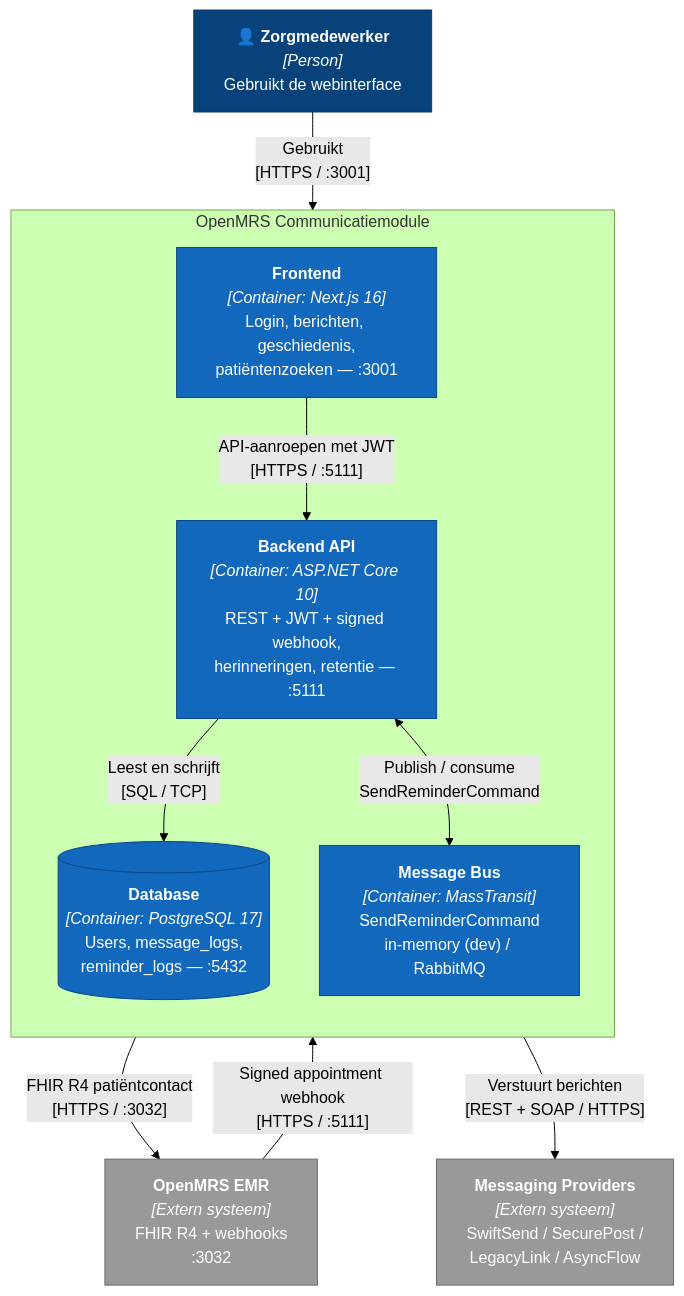
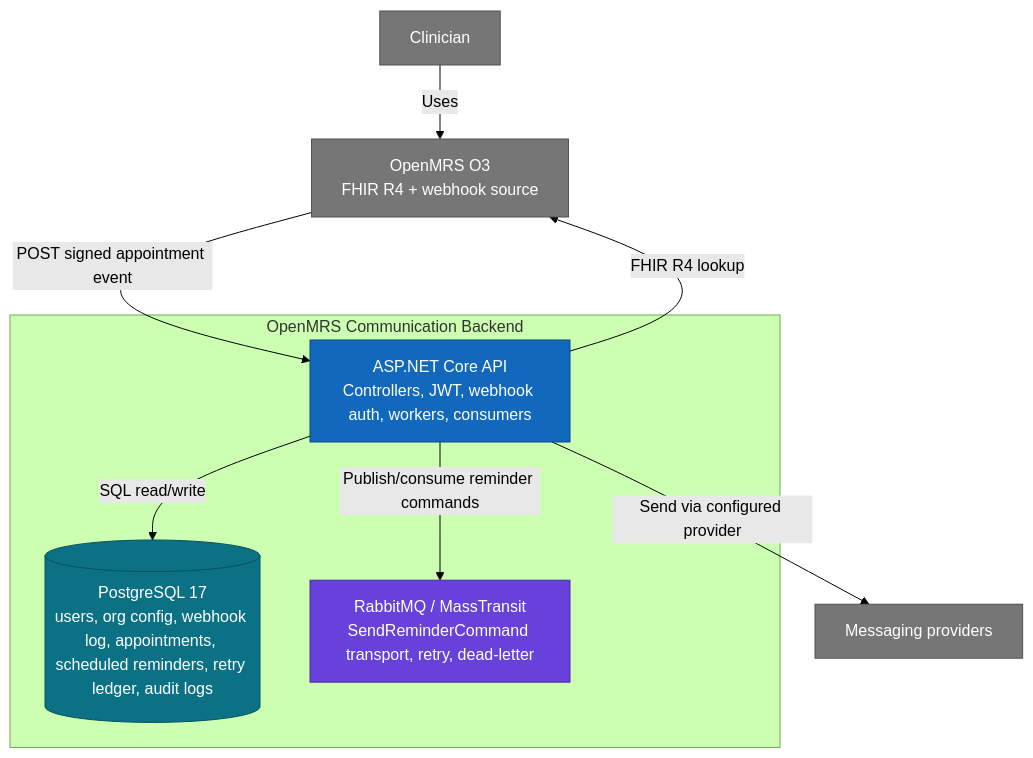
One commit to Rishyansyal/OpenMRSmoduleBackend changed the diagram in docs/c4/diagrams/02-containers.mmd. Above: the diagram before and after it, drawn with Mermaid (forest theme). The commit also changed 160 other files, not shown here.

```diff
--- a/docs/c4/diagrams/02-containers.mmd
+++ b/docs/c4/diagrams/02-containers.mmd
@@ -1,26 +1,22 @@
 flowchart TB
-    classDef person fill:#08427b,stroke:#073b6f,color:#fff
+    classDef ext fill:#767676,stroke:#525252,color:#fff
     classDef container fill:#1168bd,stroke:#0b4884,color:#fff
-    classDef db fill:#1168bd,stroke:#0b4884,color:#fff
-    classDef ext fill:#999999,stroke:#6b6b6b,color:#fff
+    classDef db fill:#0b7285,stroke:#07505c,color:#fff
+    classDef queue fill:#6741d9,stroke:#4c2ca3,color:#fff
 
-    zorg["👤 <b>Zorgmedewerker</b><br/><i>[Person]</i><br/>Gebruikt de webinterface"]:::person
-    openmrs["<b>OpenMRS EMR</b><br/><i>[Extern systeem]</i><br/>FHIR R4 + webhooks<br/>:3032"]:::ext
-    providers["<b>Messaging Providers</b><br/><i>[Extern systeem]</i><br/>SwiftSend / SecurePost /<br/>LegacyLink / AsyncFlow"]:::ext
+    clinician["Clinician"]:::ext
+    openmrs["OpenMRS O3<br/>FHIR R4 + webhook source"]:::ext
+    providers["Messaging providers"]:::ext
 
-    subgraph module["OpenMRS Communicatiemodule"]
-        direction TB
-        frontend["<b>Frontend</b><br/><i>[Container: Next.js 16]</i><br/>Login, berichten, geschiedenis,<br/>patiëntenzoeken — :3001"]:::container
-        api["<b>Backend API</b><br/><i>[Container: ASP.NET Core 10]</i><br/>REST + JWT + signed webhook,<br/>herinneringen, retentie — :5111"]:::container
-        db[("<b>Database</b><br/><i>[Container: PostgreSQL 17]</i><br/>Users, message_logs,<br/>reminder_logs — :5432")]:::db
-        bus["<b>Message Bus</b><br/><i>[Container: MassTransit]</i><br/>SendReminderCommand<br/>in-memory (dev) / RabbitMQ"]:::container
-
-        frontend -->|"API-aanroepen met JWT<br/>[HTTPS / :5111]"| api
-        api -->|"Leest en schrijft<br/>[SQL / TCP]"| db
-        api <-->|"Publish / consume<br/>SendReminderCommand"| bus
+    subgraph backend["OpenMRS Communication Backend"]
+        api["ASP.NET Core API<br/>Controllers, JWT, webhook auth, workers, consumers"]:::container
+        pg[("PostgreSQL 17<br/>users, org config, webhook log, appointments, scheduled reminders, retry ledger, audit logs")]:::db
+        rabbit["RabbitMQ / MassTransit<br/>SendReminderCommand transport, retry, dead-letter"]:::queue
     end
 
-    zorg -->|"Gebruikt<br/>[HTTPS / :3001]"| frontend
-    openmrs -->|"Signed appointment webhook<br/>[HTTPS / :5111]"| api
-    api -->|"FHIR R4 patiëntcontact<br/>[HTTPS / :3032]"| openmrs
-    api -->|"Verstuurt berichten<br/>[REST + SOAP / HTTPS]"| providers
+    clinician -->|"Uses"| openmrs
+    openmrs -->|"POST signed appointment event"| api
+    api -->|"FHIR R4 lookup"| openmrs
+    api -->|"SQL read/write"| pg
+    api -->|"Publish/consume reminder commands"| rabbit
+    api -->|"Send via configured provider"| providers
```
